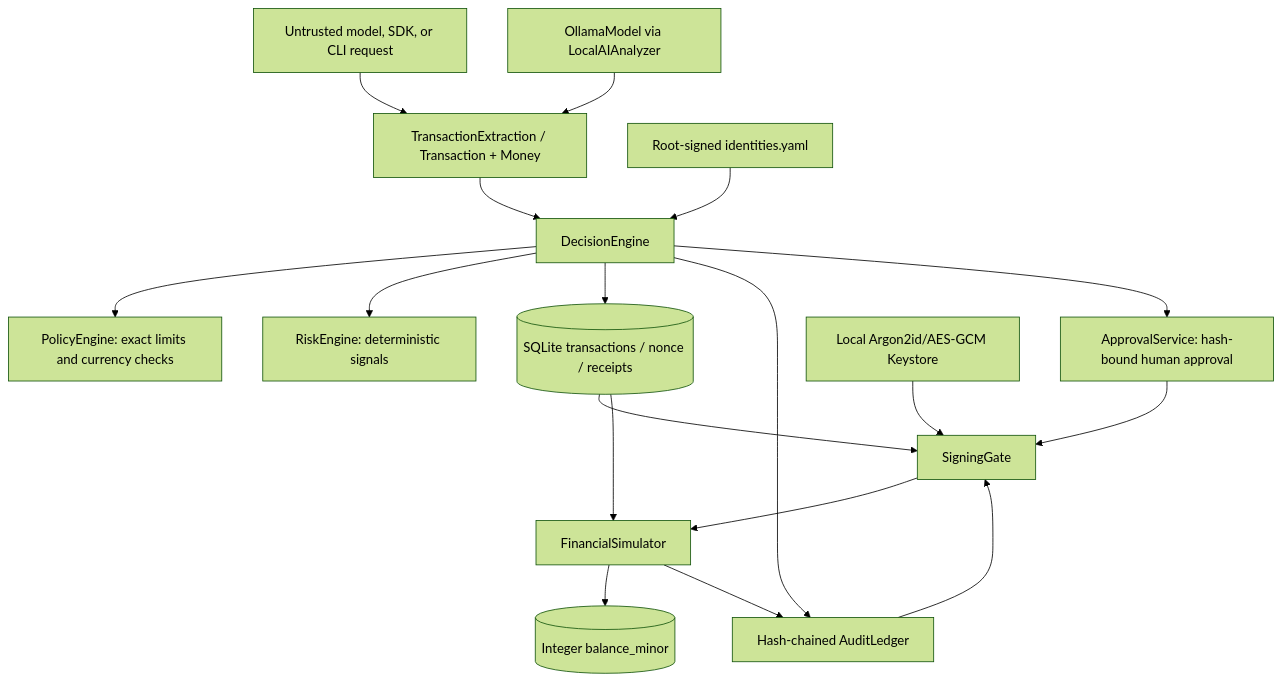
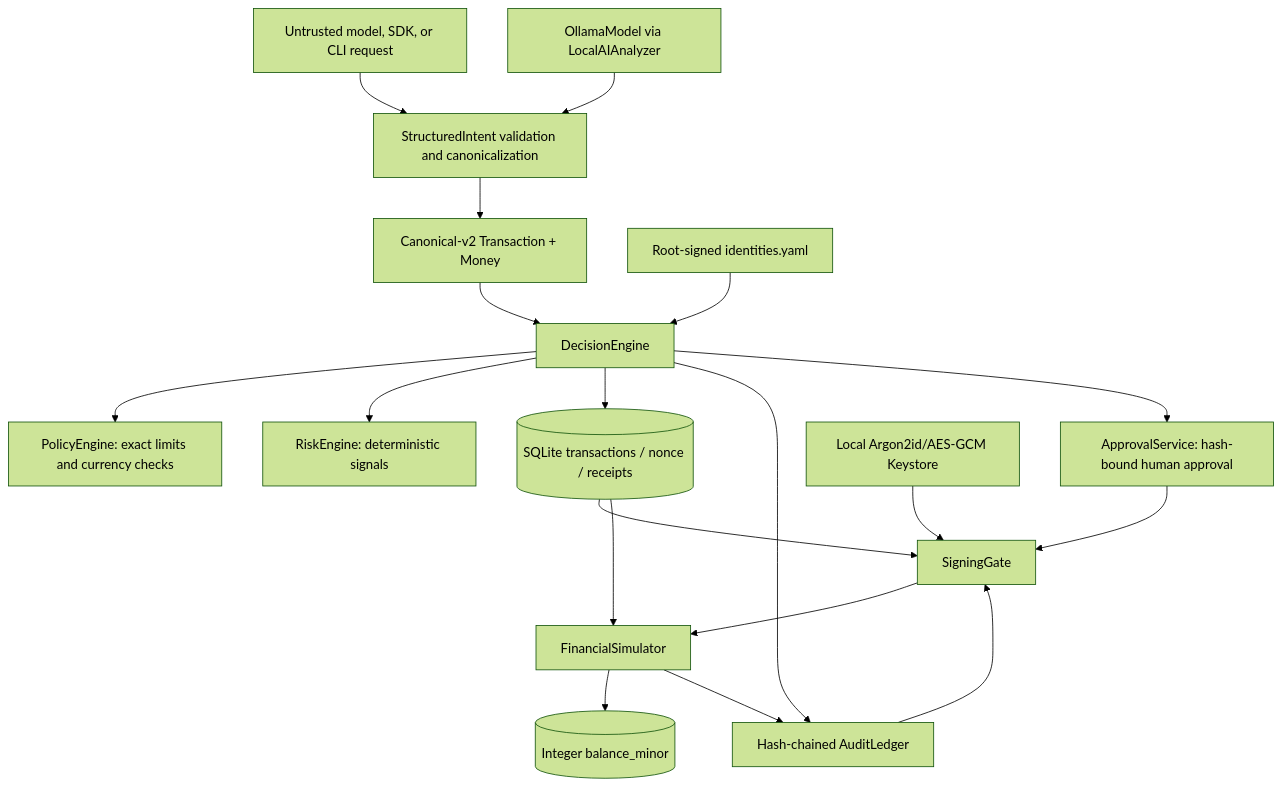
The first of 2 diagrams in docs/MASTER_ROADMAP.md (hickytani/finCLI), drawn with Mermaid (forest theme) before and after one commit. The commit also changed other lines of this file and 9 other files, not shown here.

Commit message:
feat(m3): establish structured agent intent boundary

````diff
--- a/docs/MASTER_ROADMAP.md
+++ b/docs/MASTER_ROADMAP.md
@@ -32,20 +56,21 @@
 ```mermaid
 flowchart TD
-    Request[Untrusted model, SDK, or CLI request] --> Input[TransactionExtraction / Transaction + Money]
+    Request[Untrusted model, SDK, or CLI request] --> Intent[StructuredIntent validation and canonicalization]
+    Intent --> Input[Canonical-v2 Transaction + Money]
     Input --> Decision[DecisionEngine]
-    AI[OllamaModel via LocalAIAnalyzer] --> Input
+    AI[OllamaModel via LocalAIAnalyzer] --> Intent
     Registry[Root-signed identities.yaml] --> Decision
     Decision --> Policy[PolicyEngine: exact limits and currency checks]
     Decision --> Risk[RiskEngine: deterministic signals]
     Decision --> SQLite[(SQLite transactions / nonce / receipts)]
     Decision --> Ledger[Hash-chained AuditLedger]
     Decision --> Approval[ApprovalService: hash-bound human approval]
     Approval --> Signing[SigningGate]
     SQLite --> Signing
     Ledger --> Signing
     Key[Local Argon2id/AES-GCM Keystore] --> Signing
     Signing --> Simulator[FinancialSimulator]
     SQLite --> Simulator
     Simulator --> Balances[(Integer balance_minor)]
     Simulator --> Ledger
 ```
````
